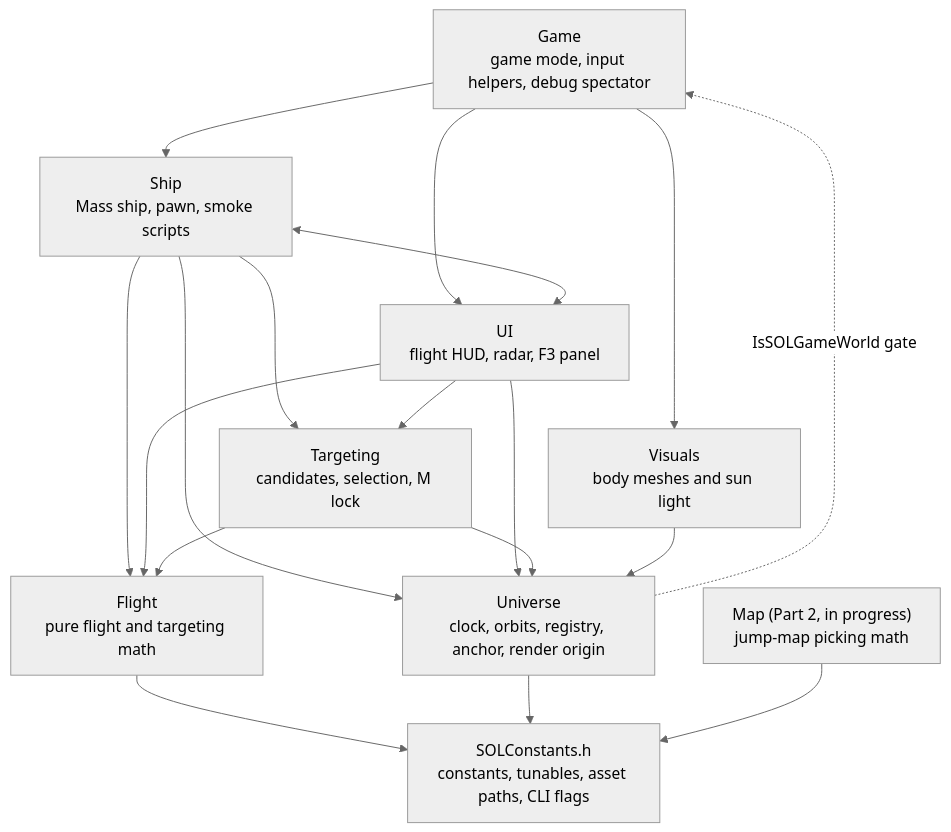
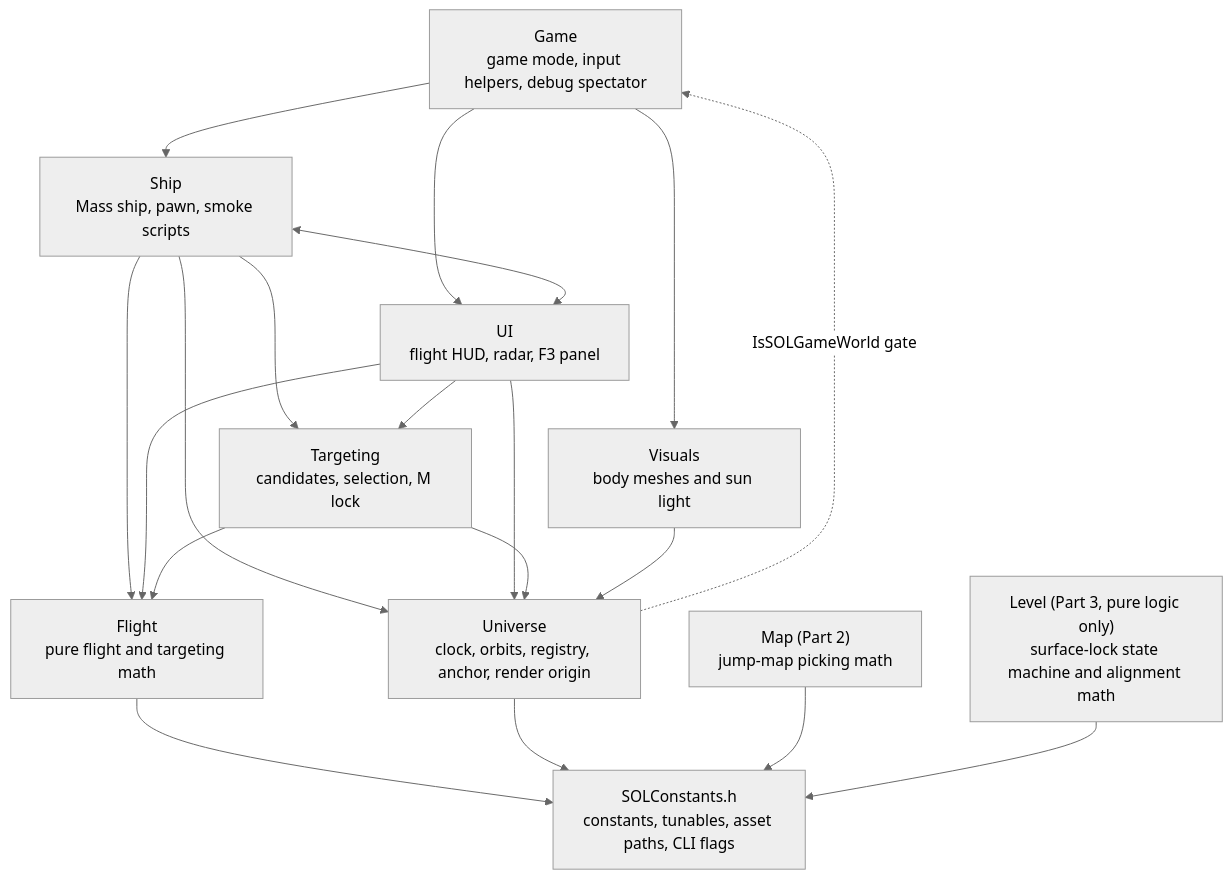
One commit to DieSlower/SOLTest changed the first of 4 diagrams in Docs/ARCHITECTURE.md. Above: the diagram before and after it, drawn with Mermaid (neutral theme). The commit also changed other lines of this file and 15 other files, not shown here.

````diff
--- a/Docs/ARCHITECTURE.md
+++ b/Docs/ARCHITECTURE.md
@@ -27,30 +27,32 @@
 ```mermaid
 flowchart TD
     Game["Game<br/>game mode, input helpers, debug spectator"]
     Ship["Ship<br/>Mass ship, pawn, smoke scripts"]
     UI["UI<br/>flight HUD, radar, F3 panel"]
     Targeting["Targeting<br/>candidates, selection, M lock"]
     Visuals["Visuals<br/>body meshes and sun light"]
-    Map["Map (Part 2, in progress)<br/>jump-map picking math"]
+    Map["Map (Part 2)<br/>jump-map picking math"]
+    Level["Level (Part 3, pure logic only)<br/>surface-lock state machine and alignment math"]
     Flight["Flight<br/>pure flight and targeting math"]
     Universe["Universe<br/>clock, orbits, registry, anchor, render origin"]
     Const["SOLConstants.h<br/>constants, tunables, asset paths, CLI flags"]
 
     Game --> Ship
     Game --> UI
     Game --> Visuals
     Ship --> Targeting
     Ship --> Flight
     Ship --> Universe
     Ship <--> UI
     UI --> Targeting
     UI --> Universe
     UI --> Flight
     Targeting --> Flight
     Targeting --> Universe
     Visuals --> Universe
     Universe -. "IsSOLGameWorld gate" .-> Game
     Flight --> Const
     Universe --> Const
     Map --> Const
+    Level --> Const
 ```
````
